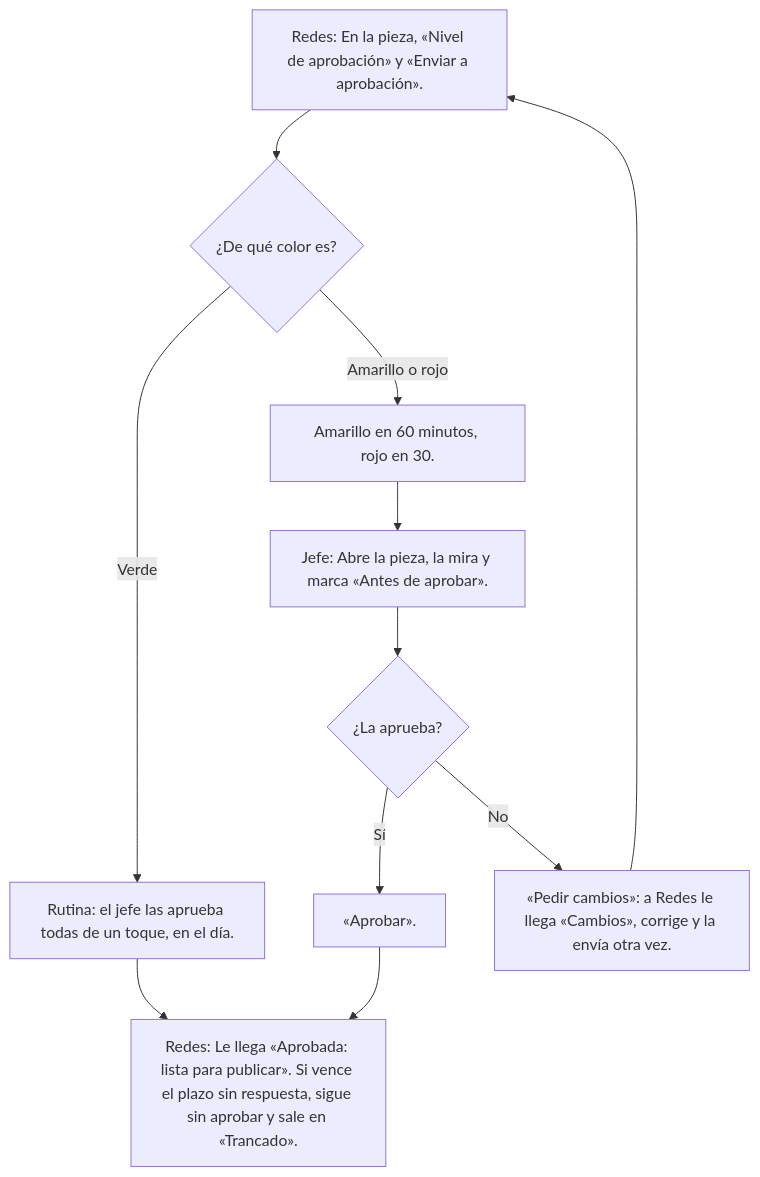
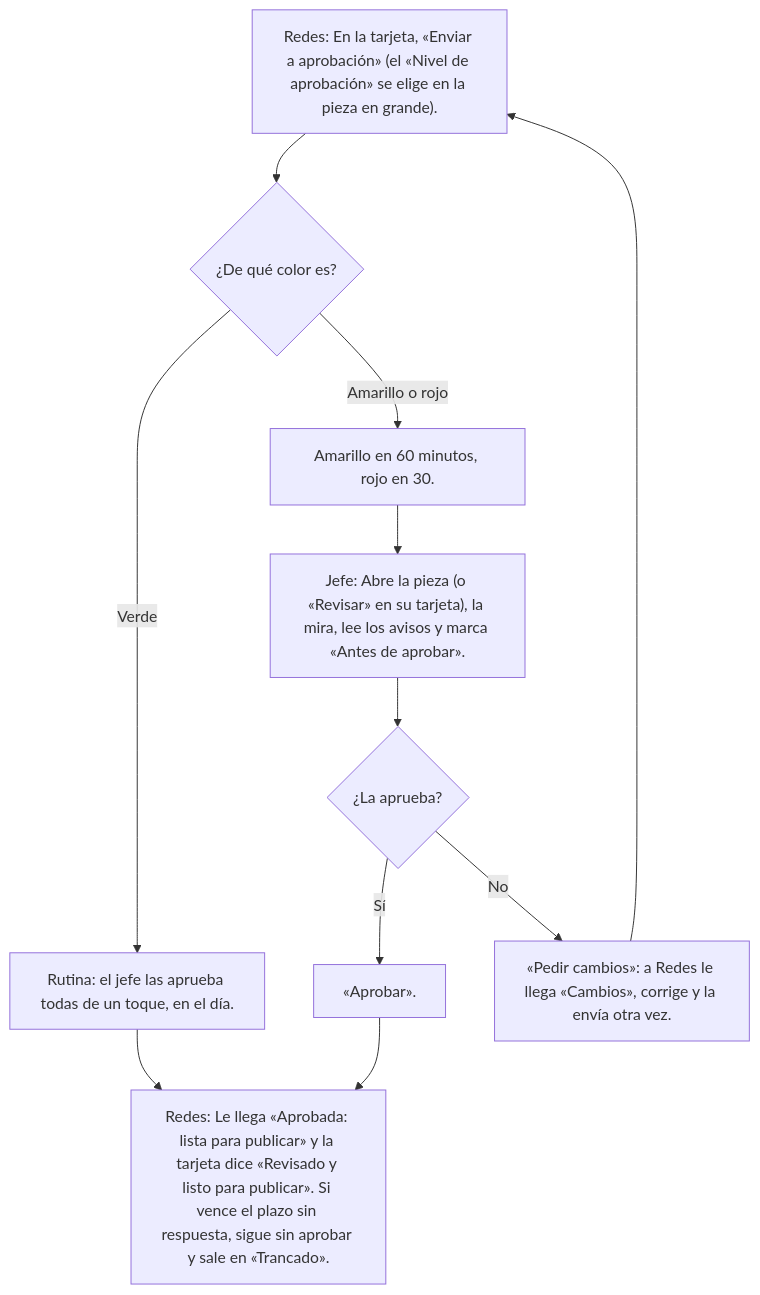
The fifth of 9 diagrams in app-freddy-bernal/docs/FLUJOS.md (fbvenezuela/Gestionapp), drawn with Mermaid before and after one commit. The commit also changed other lines of this file and 31 other files, not shown here.

````diff
--- a/app-freddy-bernal/docs/FLUJOS.md
+++ b/app-freddy-bernal/docs/FLUJOS.md
@@ -193,16 +194,16 @@
 ```mermaid
 flowchart TD
-  aprobacion_envia["Redes: En la pieza, «Nivel de aprobación» y «Enviar a aprobación»."]
+  aprobacion_envia["Redes: En la tarjeta, «Enviar a aprobación» (el «Nivel de aprobación» se elige en la pieza en grande)."]
   aprobacion_envia --> aprobacion_envia_q{"¿De qué color es?"}
   aprobacion_envia_q -- Verde --> aprobacion_envia_b1["Rutina: el jefe las aprueba todas de un toque, en el día."]
   aprobacion_envia_b1 --> aprobacion_aprobada
   aprobacion_envia_q -- Amarillo o rojo --> aprobacion_envia_b2["Amarillo en 60 minutos, rojo en 30."]
   aprobacion_envia_b2 --> aprobacion_revisa
-  aprobacion_revisa["Jefe: Abre la pieza, la mira y marca «Antes de aprobar»."]
+  aprobacion_revisa["Jefe: Abre la pieza (o «Revisar» en su tarjeta), la mira, lee los avisos y marca «Antes de aprobar»."]
   aprobacion_revisa --> aprobacion_revisa_q{"¿La aprueba?"}
   aprobacion_revisa_q -- Sí --> aprobacion_revisa_b1["«Aprobar»."]
   aprobacion_revisa_b1 --> aprobacion_aprobada
   aprobacion_revisa_q -- No --> aprobacion_revisa_b2["«Pedir cambios»: a Redes le llega «Cambios», corrige y la envía otra vez."]
   aprobacion_revisa_b2 --> aprobacion_envia
-  aprobacion_aprobada["Redes: Le llega «Aprobada: lista para publicar». Si vence el plazo sin respuesta, sigue sin aprobar y sale en «Trancado»."]
+  aprobacion_aprobada["Redes: Le llega «Aprobada: lista para publicar» y la tarjeta dice «Revisado y listo para publicar». Si vence el plazo sin respuesta, sigue sin aprobar y sale en «Trancado»."]
 ```
````
